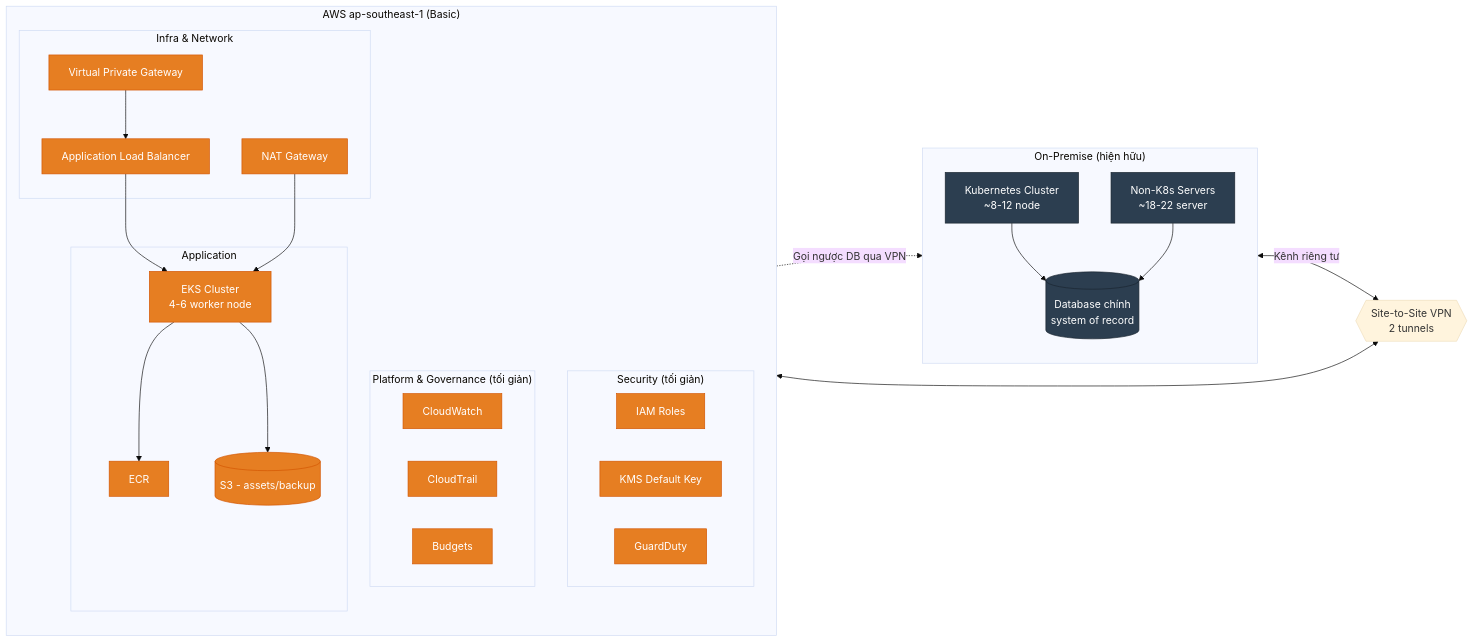
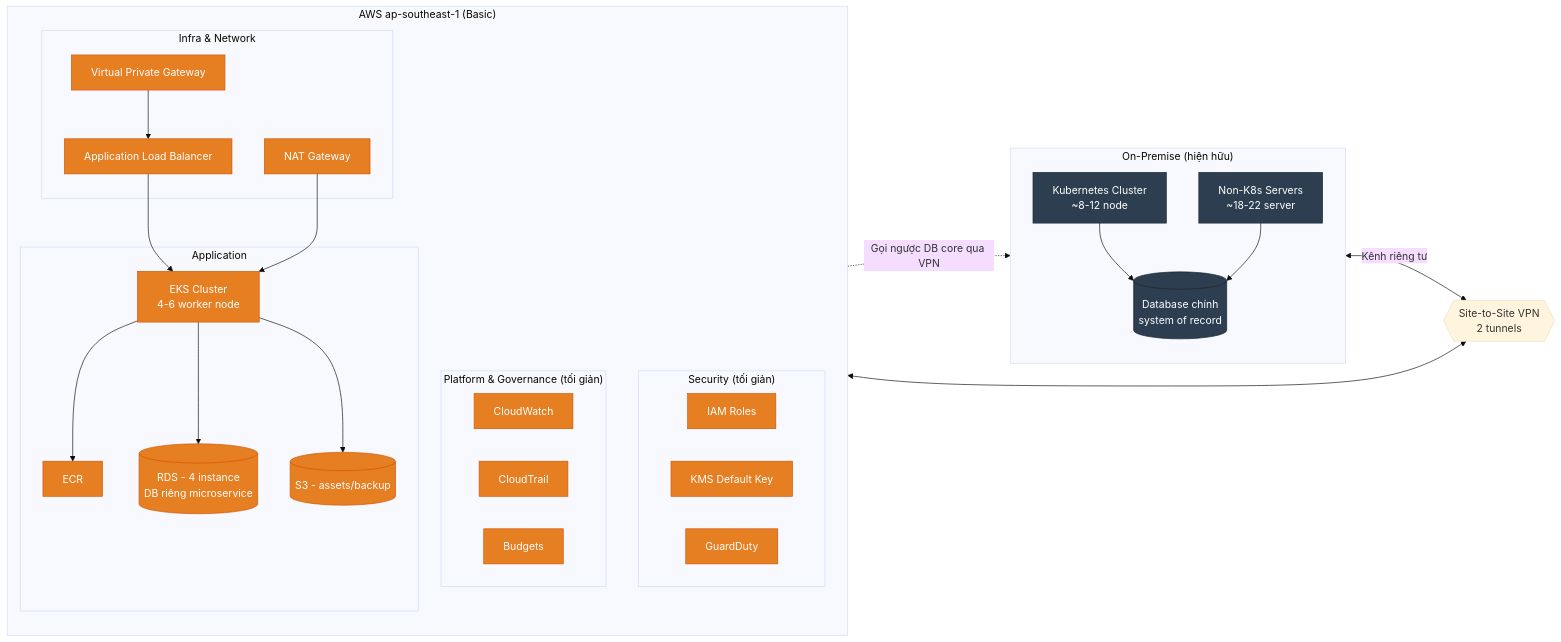
Before and after one commit to hinorashi/homecommer: the first of 4 diagrams in aws-adoption-for-sme.md, drawn with Mermaid (base theme). The commit also changed other lines of this file, not shown here.

Commit message:
dùng rds

````diff
--- a/aws-adoption-for-sme.md
+++ b/aws-adoption-for-sme.md
@@ -132,50 +148,52 @@
 ```mermaid
 flowchart LR
   subgraph OnPrem ["On-Premise (hiện hữu)"]
     direction TB
     OP_K8s[Kubernetes Cluster\n~8-12 node]
     OP_NonK8s[Non-K8s Servers\n~18-22 server]
     OP_DB[(Database chính\nsystem of record)]
     OP_K8s --> OP_DB
     OP_NonK8s --> OP_DB
   end
 
   VPN{{Site-to-Site VPN\n2 tunnels}}
 
   subgraph AWS_Basic ["AWS ap-southeast-1 (Basic)"]
     direction TB
     subgraph Net ["Infra & Network"]
       VGW[Virtual Private Gateway]
       NAT[NAT Gateway]
       ALB[Application Load Balancer]
     end
     subgraph Sec ["Security (tối giản)"]
       IAM[IAM Roles]
       KMS[KMS Default Key]
       GD[GuardDuty]
     end
     subgraph Plat ["Platform & Governance (tối giản)"]
       CW[CloudWatch]
       CT[CloudTrail]
       Budgets[Budgets]
     end
     subgraph App ["Application"]
       EKS[EKS Cluster\n4-6 worker node]
       ECR[ECR]
+      RDS[(RDS - 4 instance\nDB riêng microservice)]
       S3[(S3 - assets/backup)]
     end
     VGW --> ALB --> EKS
     EKS --> ECR
+    EKS --> RDS
     EKS --> S3
     NAT --> EKS
   end
 
   OP_K8s <-->|Kênh riêng tư| VPN
   VPN <--> VGW
-  EKS -.->|Gọi ngược DB qua VPN| OP_DB
+  EKS -.->|Gọi ngược DB core qua VPN| OP_DB
 
   classDef onprem fill:#2c3e50,stroke:#1a252f,color:#fff;
   classDef aws fill:#e67e22,stroke:#d35400,color:#fff;
   class OP_K8s,OP_NonK8s,OP_DB onprem;
-  class EKS,ECR,S3,ALB,VGW,NAT,IAM,KMS,GD,CW,CT,Budgets aws;
+  class EKS,ECR,RDS,S3,ALB,VGW,NAT,IAM,KMS,GD,CW,CT,Budgets aws;
 ```
````
